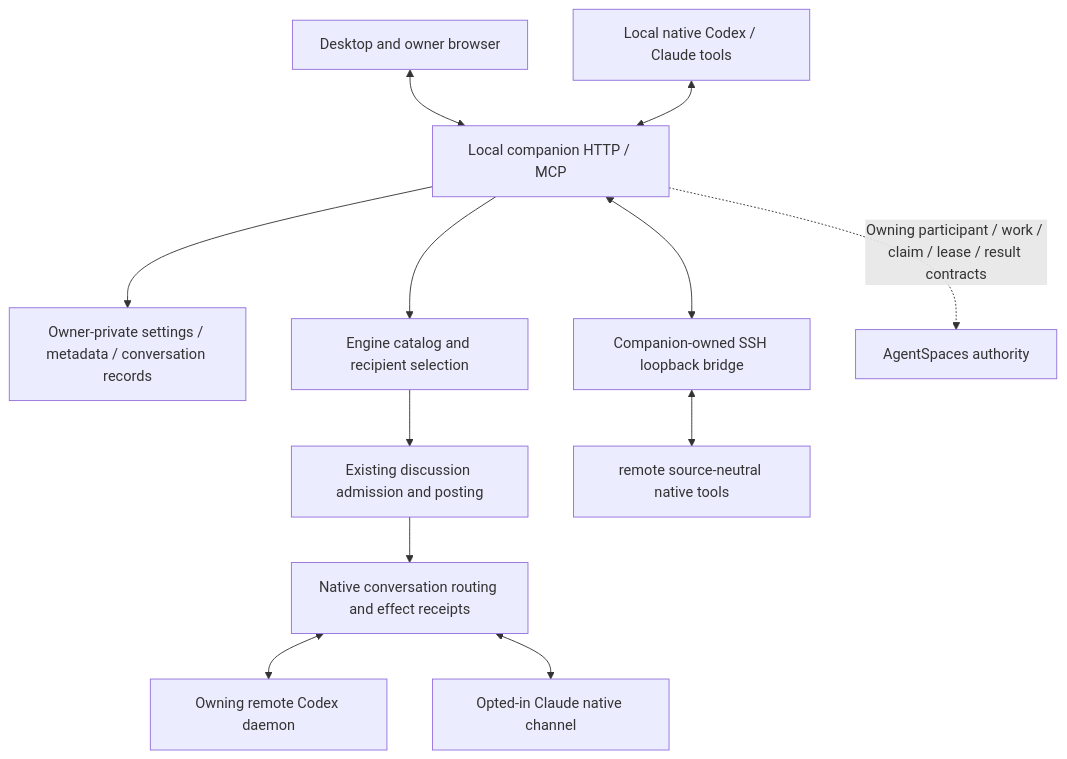
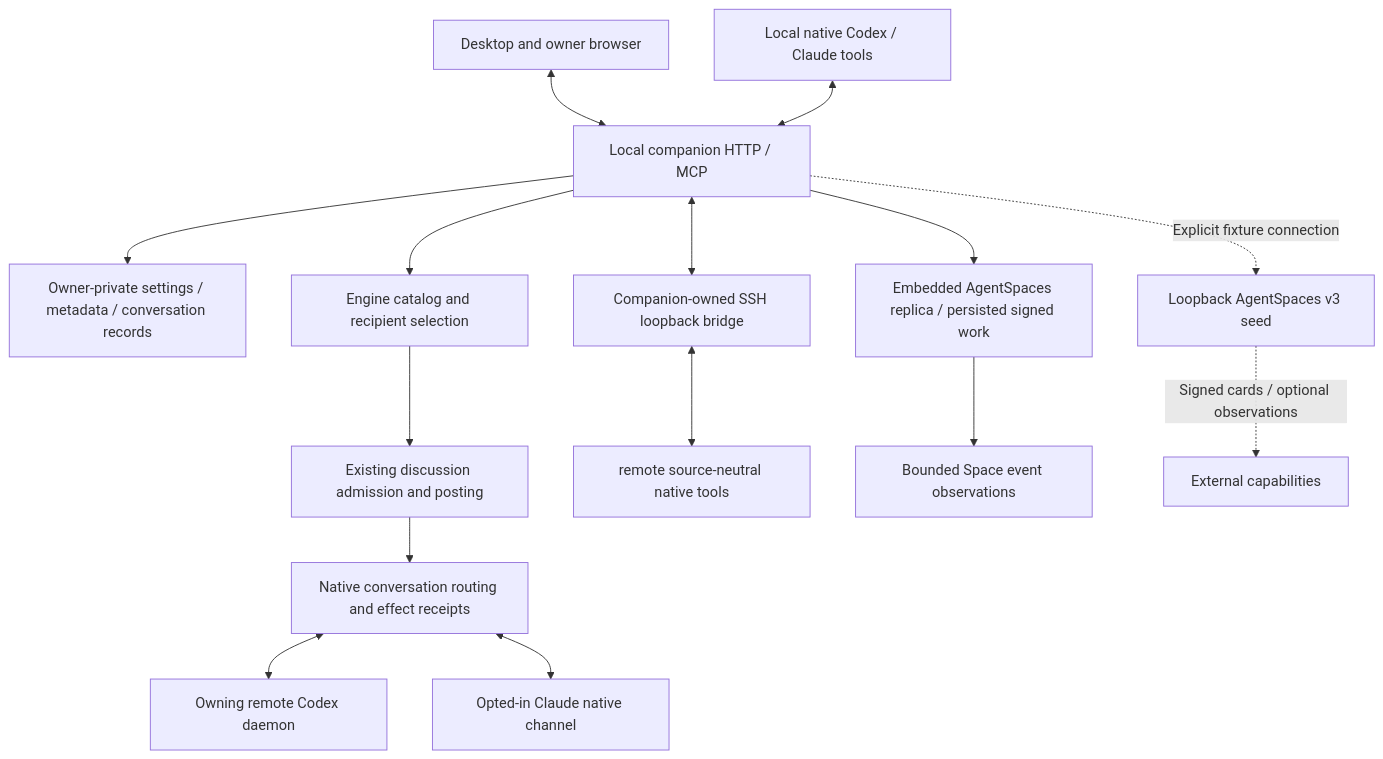
Before and after one commit to Weston-Tyler/agentspaces-desktop: the diagram in docs/architecture.md, drawn with Mermaid. The commit also changed other lines of this file and 42 other files, not shown here.

Commit message:
Integrate upstream wire v3 with bounded fleet observations and work events (#22)

````diff
--- a/docs/architecture.md
+++ b/docs/architecture.md
@@ -7,14 +7,17 @@
 ```mermaid
 flowchart TB
     Owner[Desktop and owner browser] <--> Service[Local companion HTTP / MCP]
     Service --> Store[Owner-private settings / metadata / conversation records]
     Service --> Select[Engine catalog and recipient selection]
     Select --> Rooms[Existing discussion admission and posting]
     Rooms --> Route[Native conversation routing and effect receipts]
     Local[Local native Codex / Claude tools] <--> Service
     Service <--> Bridge[Companion-owned SSH loopback bridge]
     Bridge <--> RemoteTools[remote source-neutral native tools]
     Route <--> Daemon[Owning remote Codex daemon]
     Route <--> Channel[Opted-in Claude native channel]
-    Service -. Owning participant / work / claim / lease / result contracts .-> Upstream[AgentSpaces authority]
+    Service --> Board[Embedded AgentSpaces replica / persisted signed work]
+    Board --> Activity[Bounded Space event observations]
+    Service -. Explicit fixture connection .-> Seed[Loopback AgentSpaces v3 seed]
+    Seed -. Signed cards / optional observations .-> Fleet[External capabilities]
 ```
````
